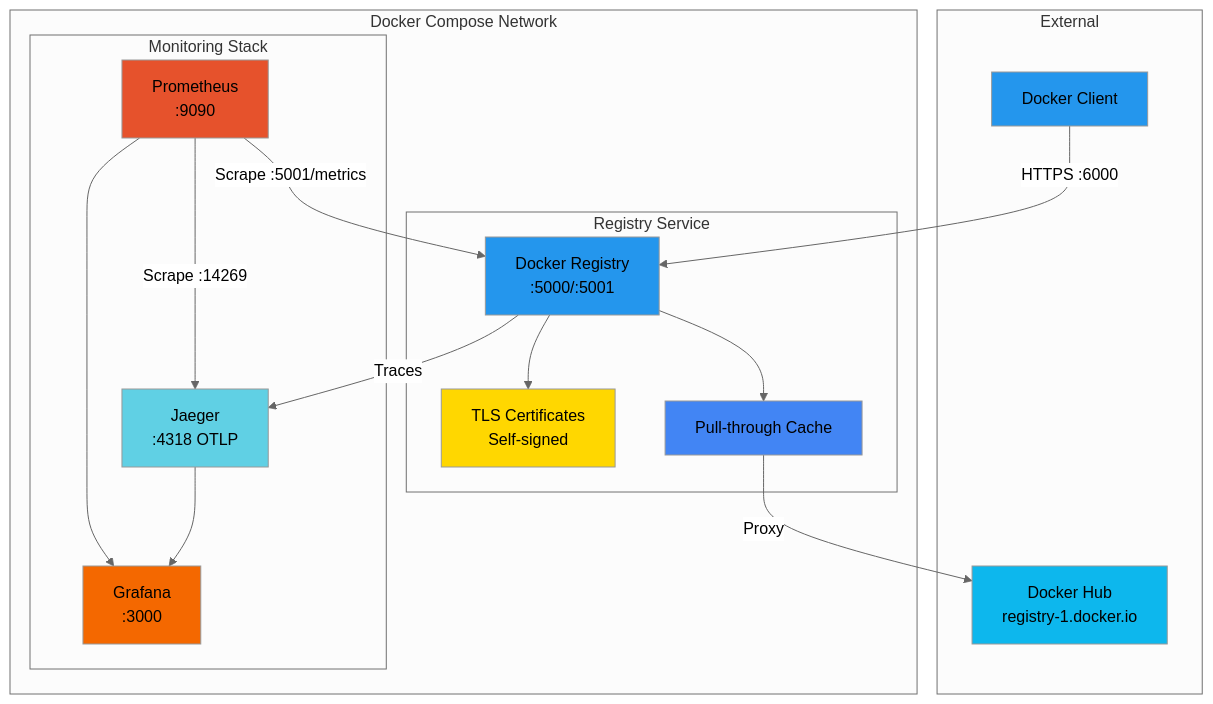
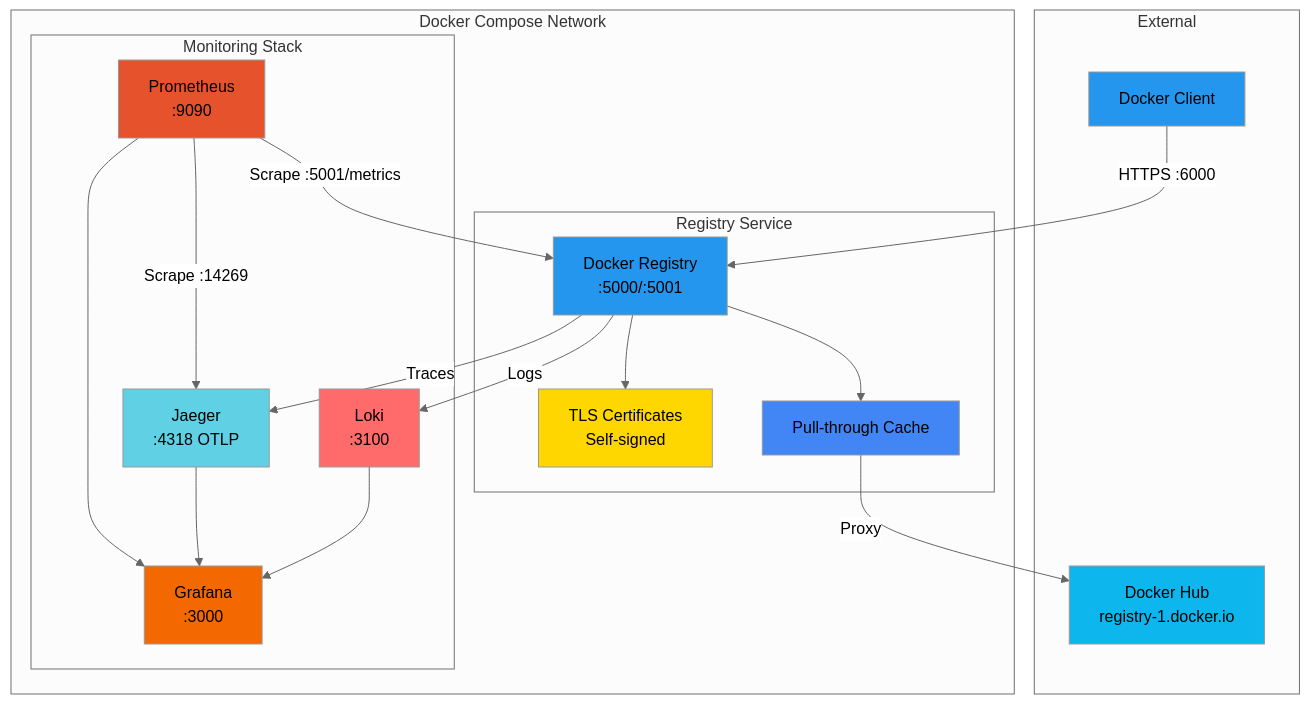
The diagram in README.md (mkm29/registry), drawn with Mermaid (neutral theme) before and after one commit. The commit also changed other lines of this file and 5 other files, not shown here.

````diff
--- a/README.md
+++ b/README.md
@@ -125,42 +127,46 @@
 ```mermaid
 graph TB
     subgraph "External"
         DH[Docker Hub<br/>registry-1.docker.io]
         Client[Docker Client]
     end
 
     subgraph "Docker Compose Network"
         subgraph "Registry Service"
             Reg[Docker Registry<br/>:5000/:5001]
             TLS[TLS Certificates<br/>Self-signed]
             Cache[Pull-through Cache]
 
             Reg --> TLS
             Reg --> Cache
         end
 
         subgraph "Monitoring Stack"
             Jaeger[Jaeger<br/>:4318 OTLP]
             Prom[Prometheus<br/>:9090]
+            Loki[Loki<br/>:3100]
             Grafana[Grafana<br/>:3000]
 
             Prom --> Grafana
             Jaeger --> Grafana
+            Loki --> Grafana
         end
     end
 
     Client -->|HTTPS :6000| Reg
     Cache -->|Proxy| DH
     Reg -->|Traces| Jaeger
+    Reg -->|Logs| Loki
     Prom -->|Scrape :5001/metrics| Reg
     Prom -->|Scrape :14269| Jaeger
 
     style DH fill:#0db7ed
     style Client fill:#2496ed
     style Reg fill:#2496ed
     style Jaeger fill:#60d0e4
     style Prom fill:#e6522c
+    style Loki fill:#ff6b6b
     style Grafana fill:#f46800
     style TLS fill:#ffd700
     style Cache fill:#4285f4
 ```
````
